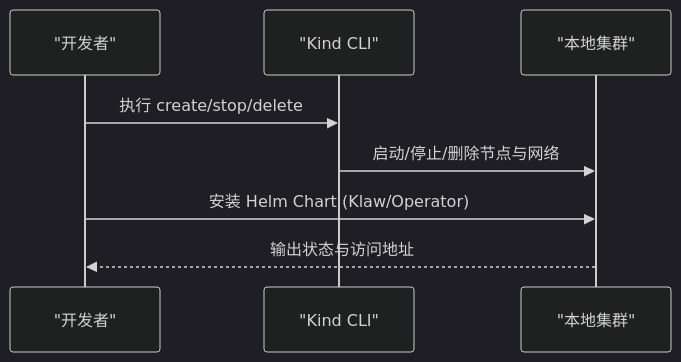
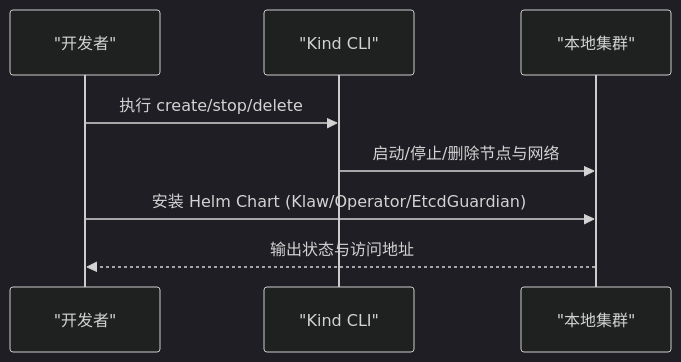
Before and after one commit to kudig-io/klaw: the fourth of 6 diagrams in .qoder/repowiki/zh/content/安装部署/Kubernetes集群部署/Kubernetes集群部署.md, drawn with Mermaid (dark theme). The commit also changed other lines of this file and 237 other files, not shown here.

````diff
--- a/.qoder/repowiki/zh/content/安装部署/Kubernetes集群部署/Kubernetes集群部署.md
+++ b/.qoder/repowiki/zh/content/安装部署/Kubernetes集群部署/Kubernetes集群部署.md
@@ -186,10 +204,10 @@
 ```mermaid
 sequenceDiagram
 participant Dev as "开发者"
 participant Kind as "Kind CLI"
 participant K8s as "本地集群"
 Dev->>Kind : 执行 create/stop/delete
 Kind->>K8s : 启动/停止/删除节点与网络
-Dev->>K8s : 安装 Helm Chart (Klaw/Operator)
+Dev->>K8s : 安装 Helm Chart (Klaw/Operator/EtcdGuardian)
 K8s-->>Dev : 输出状态与访问地址
 ```
````
